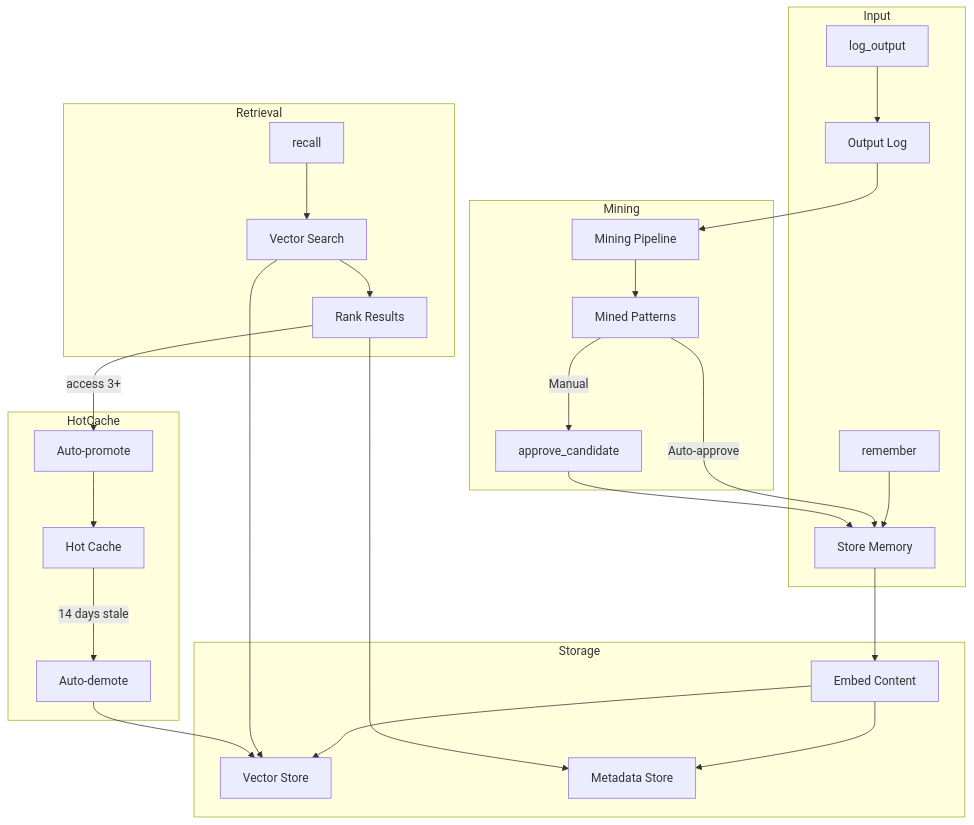
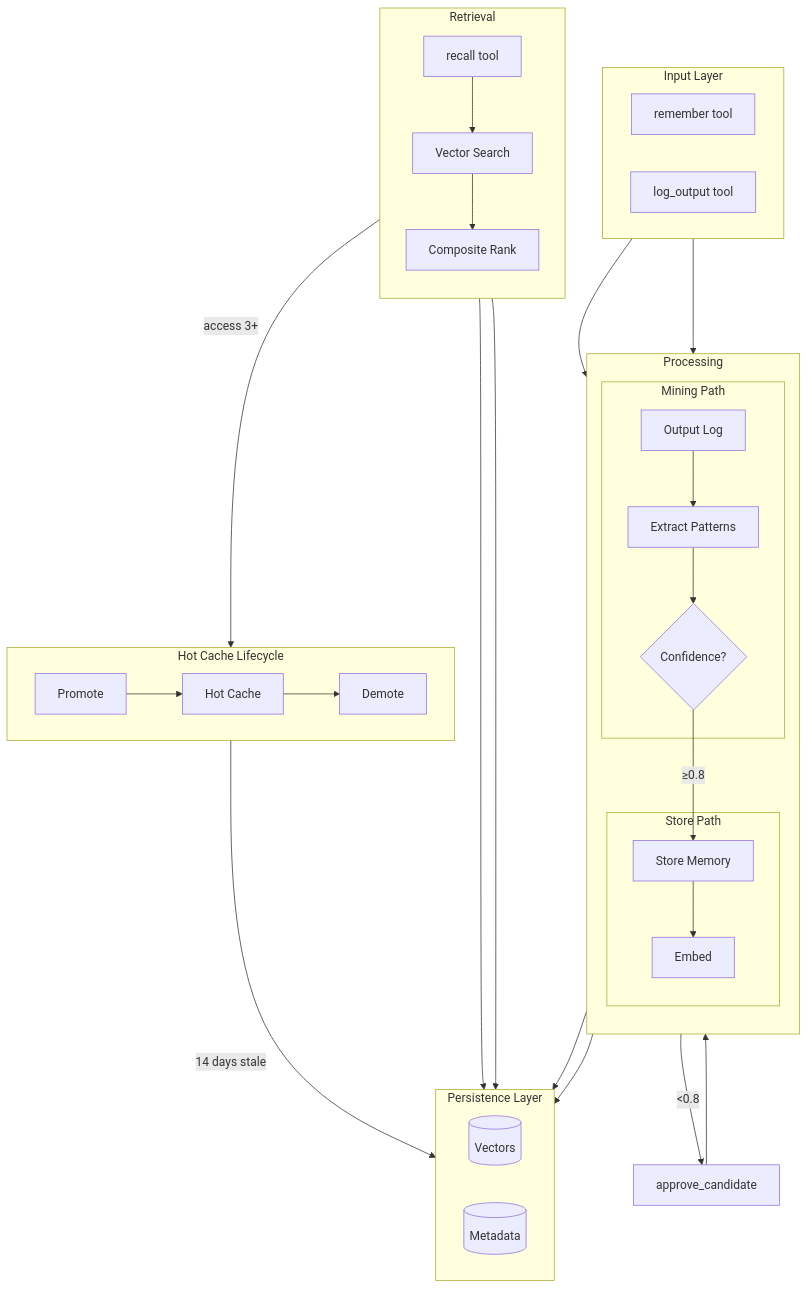
Before and after one commit to michael-denyer/memory-mcp: the first of 2 diagrams in ARCHITECTURE.md, drawn with Mermaid. The commit also changed other lines of this file and 4 other files, not shown here.

````diff
--- a/ARCHITECTURE.md
+++ b/ARCHITECTURE.md
@@ -68,35 +68,47 @@
 ```mermaid
-graph TD
-    subgraph Input
-        R[remember] --> S[Store Memory]
-        L[log_output] --> O[Output Log]
+graph TB
+    subgraph Input["Input Layer"]
+        direction LR
+        R[remember tool]
+        L[log_output tool]
     end
 
-    subgraph Storage
-        S --> E[Embed Content]
-        E --> V[Vector Store]
-        E --> M[Metadata Store]
+    subgraph Process["Processing"]
+        direction TB
+        subgraph Store["Store Path"]
+            S[Store Memory] --> E[Embed]
+        end
+        subgraph Mine["Mining Path"]
+            O[Output Log] --> MP[Extract Patterns]
+            MP --> P{Confidence?}
+        end
     end
 
-    subgraph Mining
-        O --> MP[Mining Pipeline]
-        MP --> P[Mined Patterns]
-        P -->|Auto-approve| S
-        P -->|Manual| A[approve_candidate]
-        A --> S
+    subgraph Persist["Persistence Layer"]
+        direction LR
+        V[(Vectors)]
+        M[(Metadata)]
     end
 
-    subgraph Retrieval
-        Q[recall] --> VS[Vector Search]
-        VS --> V
-        VS --> RK[Rank Results]
-        RK --> M
+    subgraph Retrieve["Retrieval"]
+        direction TB
+        Q[recall tool] --> VS[Vector Search]
+        VS --> RK[Composite Rank]
     end
 
-    subgraph HotCache
-        RK -->|access 3+| PR[Auto-promote]
-        PR --> H[Hot Cache]
-        H -->|14 days stale| DE[Auto-demote]
-        DE --> V
+    subgraph Cache["Hot Cache Lifecycle"]
+        direction LR
+        PR[Promote] --> H[Hot Cache]
+        H --> DE[Demote]
     end
+
+    R --> S
+    L --> O
+    E --> V & M
+    P -->|≥0.8| S
+    P -->|<0.8| A[approve_candidate]
+    A --> S
+    RK --> V & M
+    RK -->|access 3+| PR
+    DE -->|14 days stale| V
 ```
````
